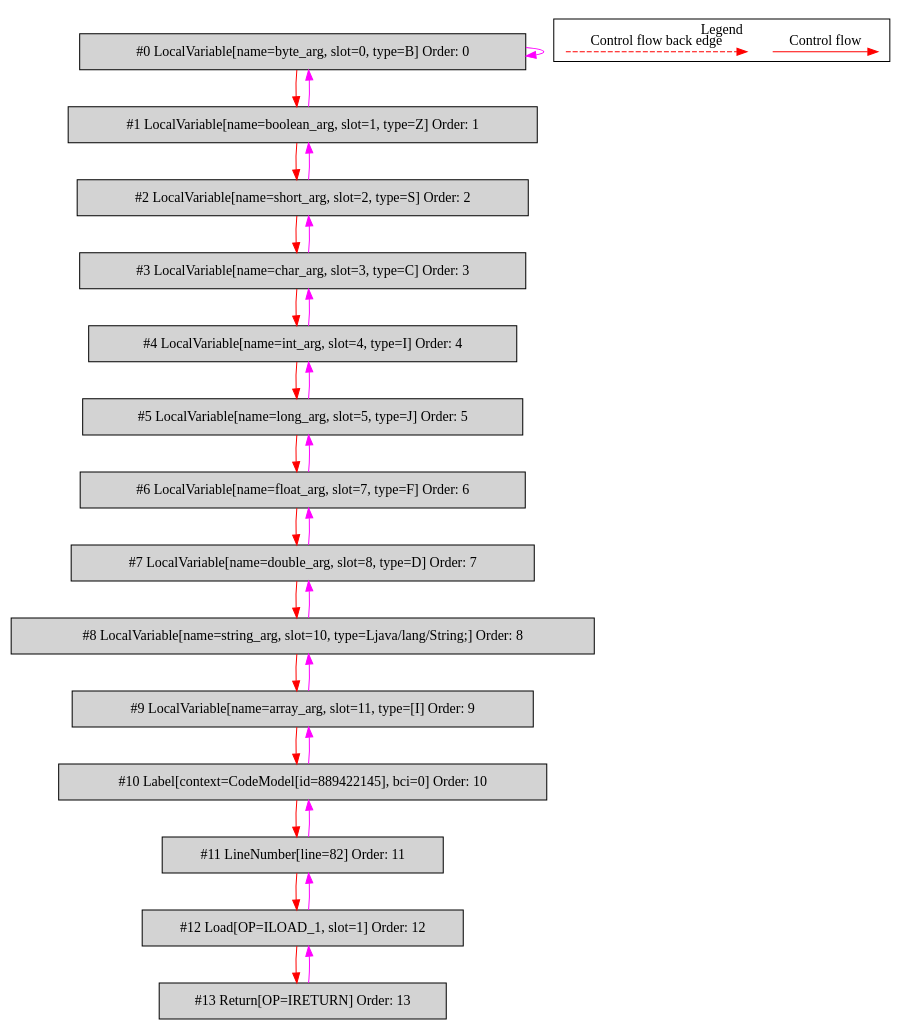
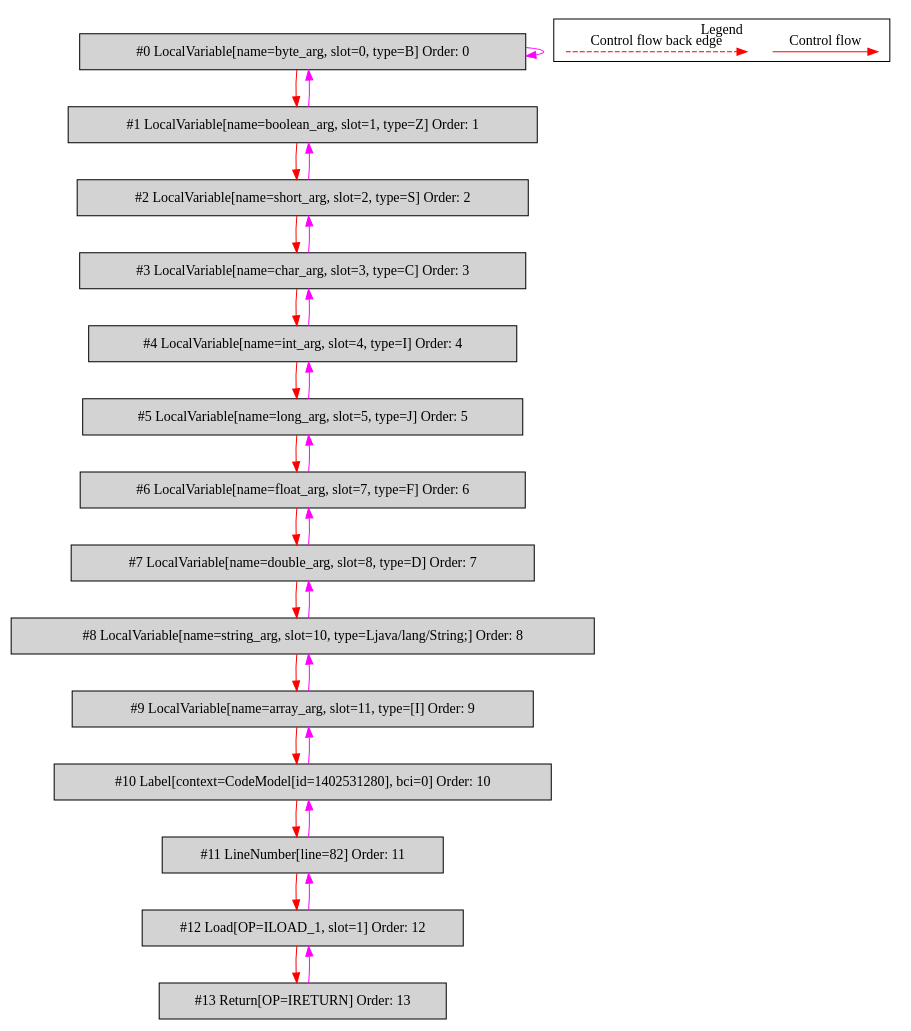
The diagram in de.mirkosertic.metair.ir.examples.MethodInvokeTest/simple_method_return_boolean/bytecodecfg.dot (mirkosertic/MetaIR), drawn with Graphviz before and after one commit. The commit also changed 1240 other files, not shown here.

```diff
--- a/de.mirkosertic.metair.ir.examples.MethodInvokeTest/simple_method_return_boolean/bytecodecfg.dot
+++ b/de.mirkosertic.metair.ir.examples.MethodInvokeTest/simple_method_return_boolean/bytecodecfg.dot
@@ -1,58 +1,58 @@
 digraph {
  ordering="in";
  node0[label="#0 LocalVariable[name=byte_arg, slot=0, type=B] Order: 0", shape=box, fillcolor=lightgrey, style=filled];
  node1[label="#1 LocalVariable[name=boolean_arg, slot=1, type=Z] Order: 1", shape=box, fillcolor=lightgrey, style=filled];
  node2[label="#2 LocalVariable[name=short_arg, slot=2, type=S] Order: 2", shape=box, fillcolor=lightgrey, style=filled];
  node3[label="#3 LocalVariable[name=char_arg, slot=3, type=C] Order: 3", shape=box, fillcolor=lightgrey, style=filled];
  node4[label="#4 LocalVariable[name=int_arg, slot=4, type=I] Order: 4", shape=box, fillcolor=lightgrey, style=filled];
  node5[label="#5 LocalVariable[name=long_arg, slot=5, type=J] Order: 5", shape=box, fillcolor=lightgrey, style=filled];
  node6[label="#6 LocalVariable[name=float_arg, slot=7, type=F] Order: 6", shape=box, fillcolor=lightgrey, style=filled];
  node7[label="#7 LocalVariable[name=double_arg, slot=8, type=D] Order: 7", shape=box, fillcolor=lightgrey, style=filled];
  node8[label="#8 LocalVariable[name=string_arg, slot=10, type=Ljava/lang/String;] Order: 8", shape=box, fillcolor=lightgrey, style=filled];
  node9[label="#9 LocalVariable[name=array_arg, slot=11, type=[I] Order: 9", shape=box, fillcolor=lightgrey, style=filled];
- node10[label="#10 Label[context=CodeModel[id=889422145], bci=0] Order: 10", shape=box, fillcolor=lightgrey, style=filled];
+ node10[label="#10 Label[context=CodeModel[id=1402531280], bci=0] Order: 10", shape=box, fillcolor=lightgrey, style=filled];
  node11[label="#11 LineNumber[line=82] Order: 11", shape=box, fillcolor=lightgrey, style=filled];
  node12[label="#12 Load[OP=ILOAD_1, slot=1] Order: 12", shape=box, fillcolor=lightgrey, style=filled];
  node13[label="#13 Return[OP=IRETURN] Order: 13", shape=box, fillcolor=lightgrey, style=filled];
  node0 -> node0[color=fuchsia];
  node0 -> node1[color=red];
  node1 -> node0[color=fuchsia];
  node1 -> node2[color=red];
  node2 -> node1[color=fuchsia];
  node2 -> node3[color=red];
  node3 -> node2[color=fuchsia];
  node3 -> node4[color=red];
  node4 -> node3[color=fuchsia];
  node4 -> node5[color=red];
  node5 -> node4[color=fuchsia];
  node5 -> node6[color=red];
  node6 -> node5[color=fuchsia];
  node6 -> node7[color=red];
  node7 -> node6[color=fuchsia];
  node7 -> node8[color=red];
  node8 -> node7[color=fuchsia];
  node8 -> node9[color=red];
  node9 -> node8[color=fuchsia];
  node9 -> node10[color=red];
  node10 -> node9[color=fuchsia];
  node10 -> node11[color=red];
  node11 -> node10[color=fuchsia];
  node11 -> node12[color=red];
  node12 -> node11[color=fuchsia];
  node12 -> node13[color=red];
  node13 -> node12[color=fuchsia];
  subgraph cluster_000 {
   label = "Legend";
   node [shape=point]
   {
    rank=same;
    c0 [style = invis];
    c1 [style = invis];
    c2 [style = invis];
    c3 [style = invis];
   }
   c0 -> c1 [label="Control flow", style=solid, color=red]
   c2 -> c3 [label="Control flow back edge", style=dashed, color=red]
  }
 
 }
```
